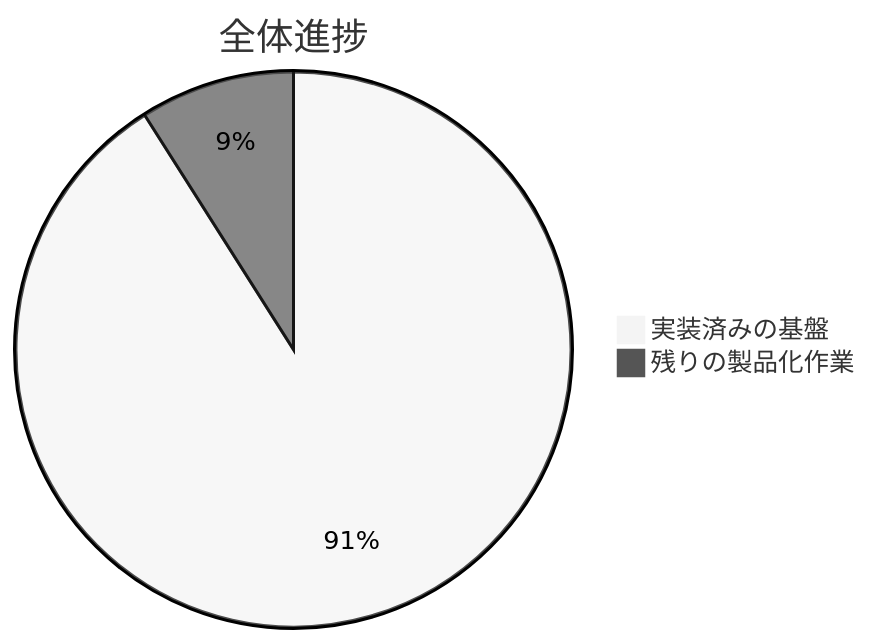
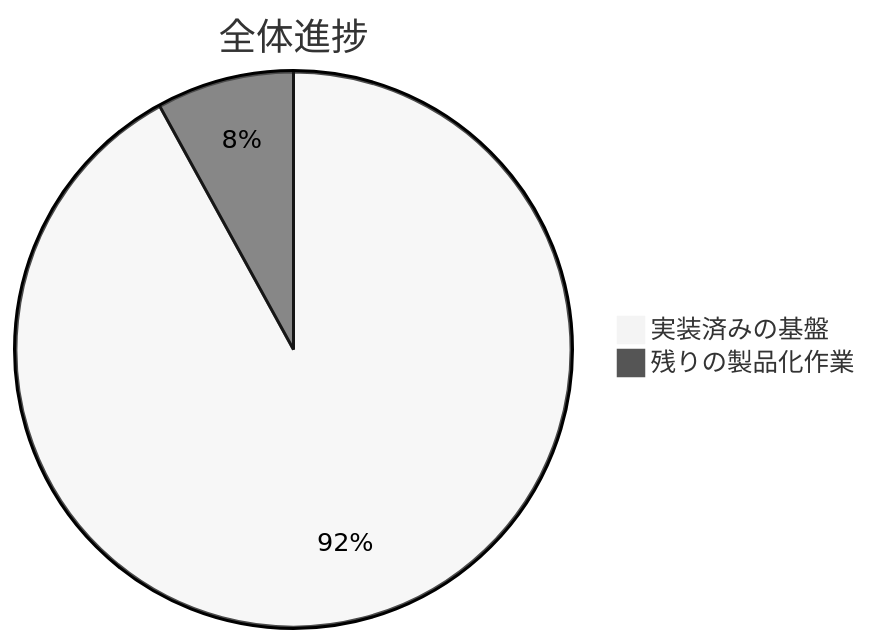
Before and after one commit to lingmulongtai/GlyphRay: the first of 5 diagrams in README.ja.md, drawn with Mermaid (neutral theme). The commit also changed other lines of this file and 10 other files, not shown here.

````diff
--- a/README.ja.md
+++ b/README.ja.md
@@ -15,5 +15,5 @@
 ```mermaid
 pie title 全体進捗
-  "実装済みの基盤" : 91
-  "残りの製品化作業" : 9
+  "実装済みの基盤" : 92
+  "残りの製品化作業" : 8
 ```
````
